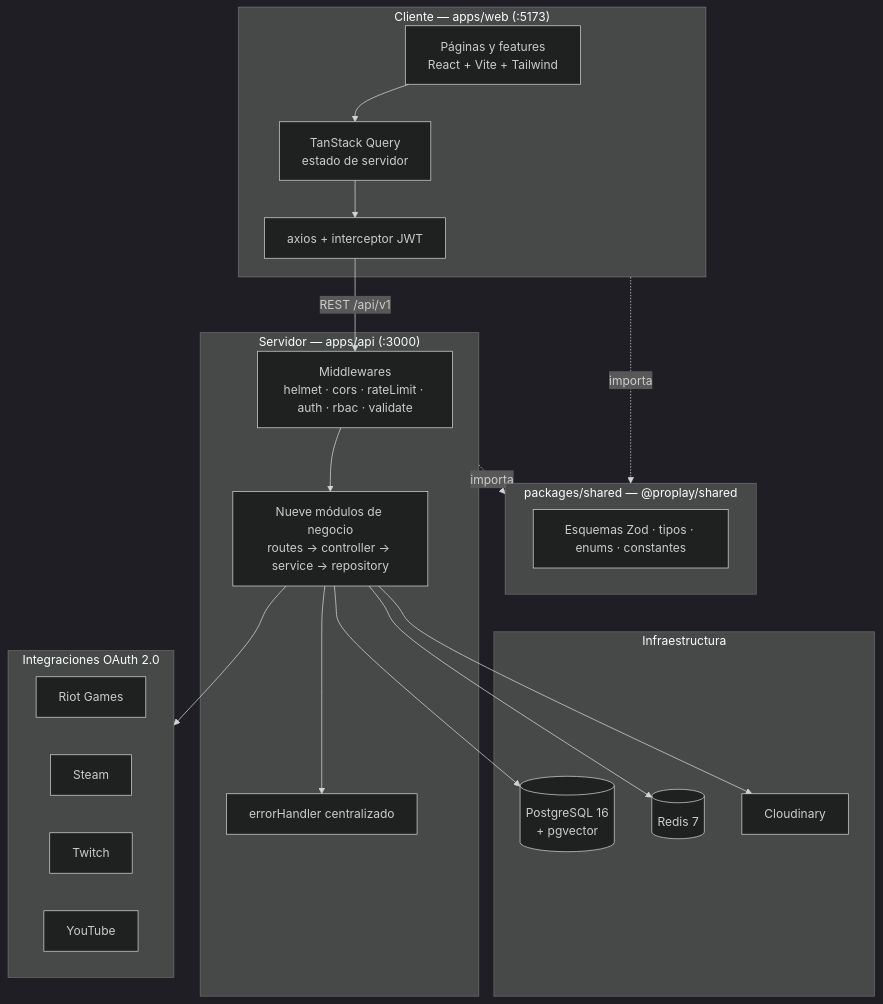
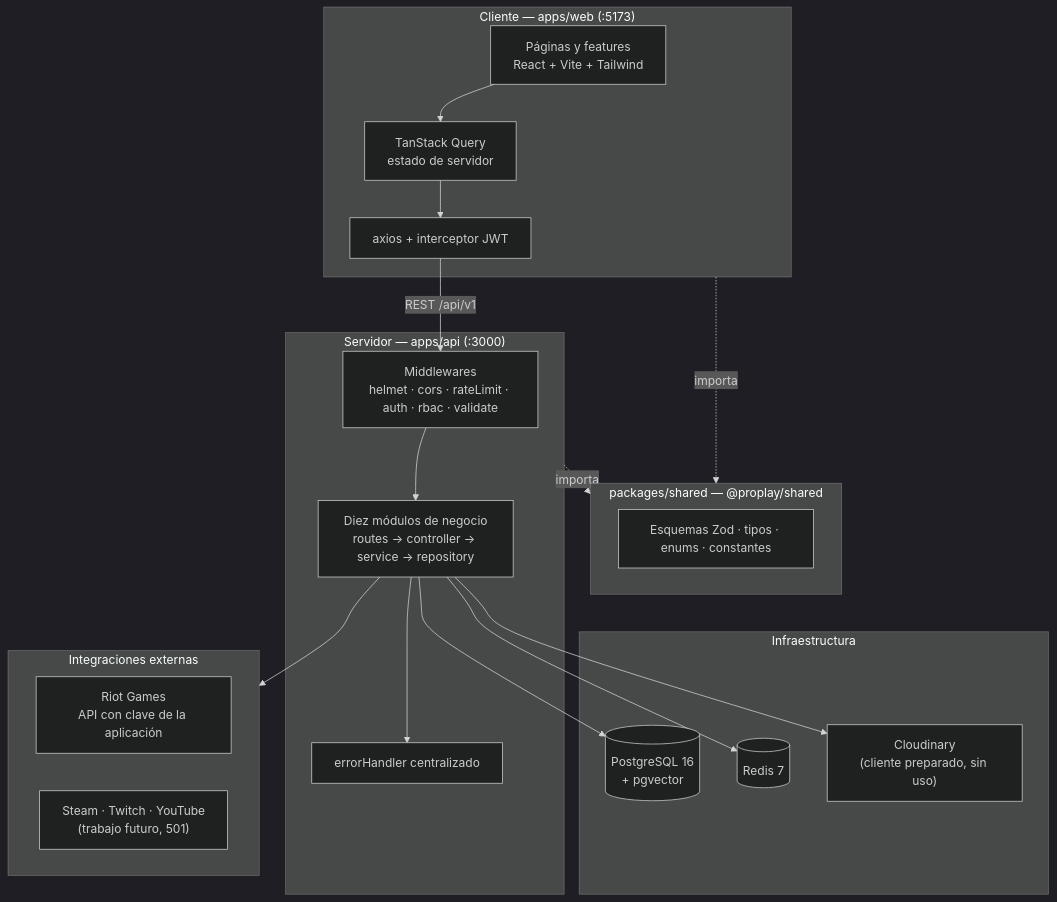
The first of 6 diagrams in docs/arquitectura.md (DavidFGP07/ProPlay), drawn with Mermaid (dark theme) before and after one commit. The commit also changed other lines of this file and 11 other files, not shown here.

````diff
--- a/docs/arquitectura.md
+++ b/docs/arquitectura.md
@@ -10,41 +10,39 @@
 ```mermaid
 flowchart TB
     subgraph Cliente["Cliente — apps/web (:5173)"]
         UI["Páginas y features<br/>React + Vite + Tailwind"]
         RQ["TanStack Query<br/>estado de servidor"]
         AX["axios + interceptor JWT"]
         UI --> RQ --> AX
     end
 
     subgraph Contrato["packages/shared — @proplay/shared"]
         SH["Esquemas Zod · tipos · enums · constantes"]
     end
 
     subgraph Servidor["Servidor — apps/api (:3000)"]
         MW["Middlewares<br/>helmet · cors · rateLimit · auth · rbac · validate"]
-        MOD["Nueve módulos de negocio<br/>routes → controller → service → repository"]
+        MOD["Diez módulos de negocio<br/>routes → controller → service → repository"]
         ERR["errorHandler centralizado"]
         MW --> MOD --> ERR
     end
 
     subgraph Datos["Infraestructura"]
         PG[("PostgreSQL 16<br/>+ pgvector")]
         RD[("Redis 7")]
-        CL["Cloudinary"]
+        CL["Cloudinary<br/>(cliente preparado, sin uso)"]
     end
 
-    subgraph Externas["Integraciones OAuth 2.0"]
-        RIOT["Riot Games"]
-        STEAM["Steam"]
-        TWITCH["Twitch"]
-        YT["YouTube"]
+    subgraph Externas["Integraciones externas"]
+        RIOT["Riot Games<br/>API con clave de la aplicación"]
+        OTRAS["Steam · Twitch · YouTube<br/>(trabajo futuro, 501)"]
     end
 
     AX -- "REST /api/v1" --> MW
     Cliente -.importa.-> Contrato
     Servidor -.importa.-> Contrato
     MOD --> PG
     MOD --> RD
     MOD --> CL
     MOD --> Externas
 ```
````
